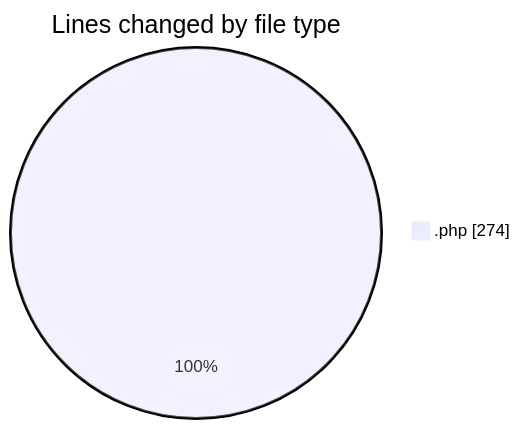
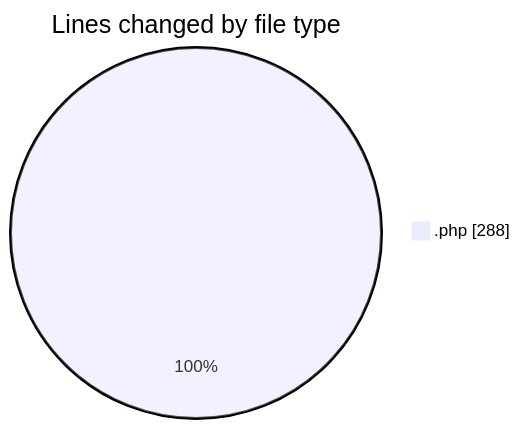
Before and after one commit to LanceThiago/code-tracking: the first of 2 diagrams in 2025-03-26/kml/README.md, drawn with Mermaid. The commit also changed other lines of this file and 1 other file, not shown here.

````diff
--- a/2025-03-26/kml/README.md
+++ b/2025-03-26/kml/README.md
@@ -20,5 +20,5 @@
 ```mermaid
 pie showData
 title Lines changed by file type
-".php" : 274
+".php" : 288
 ```
````
